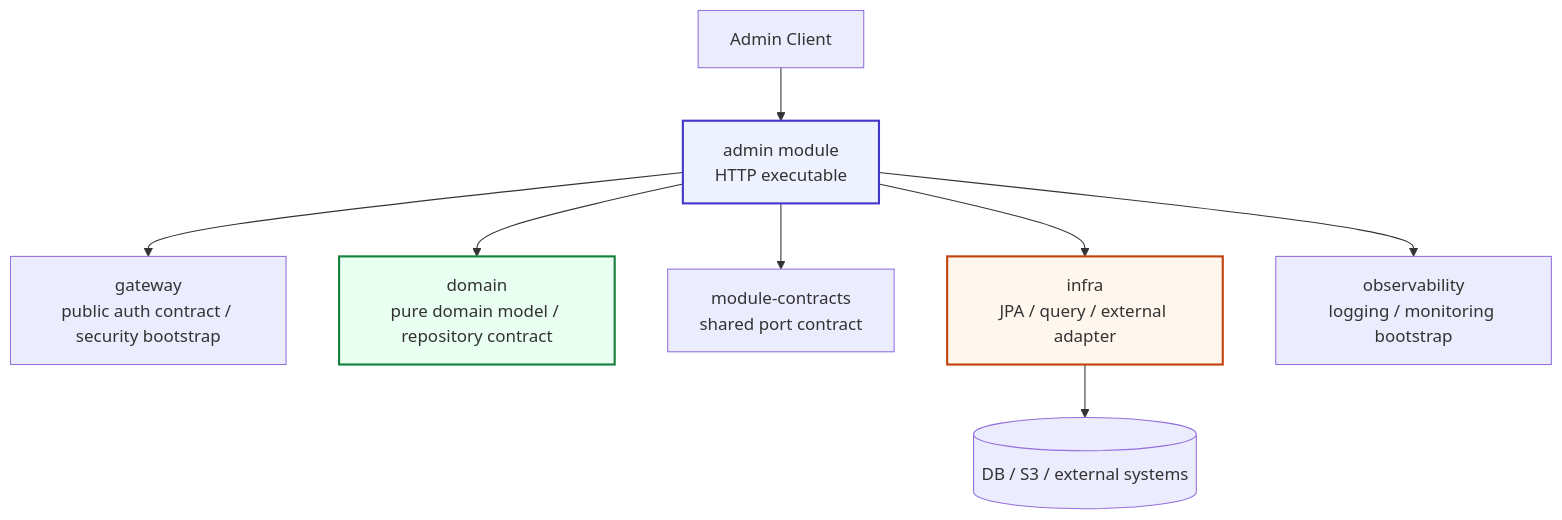
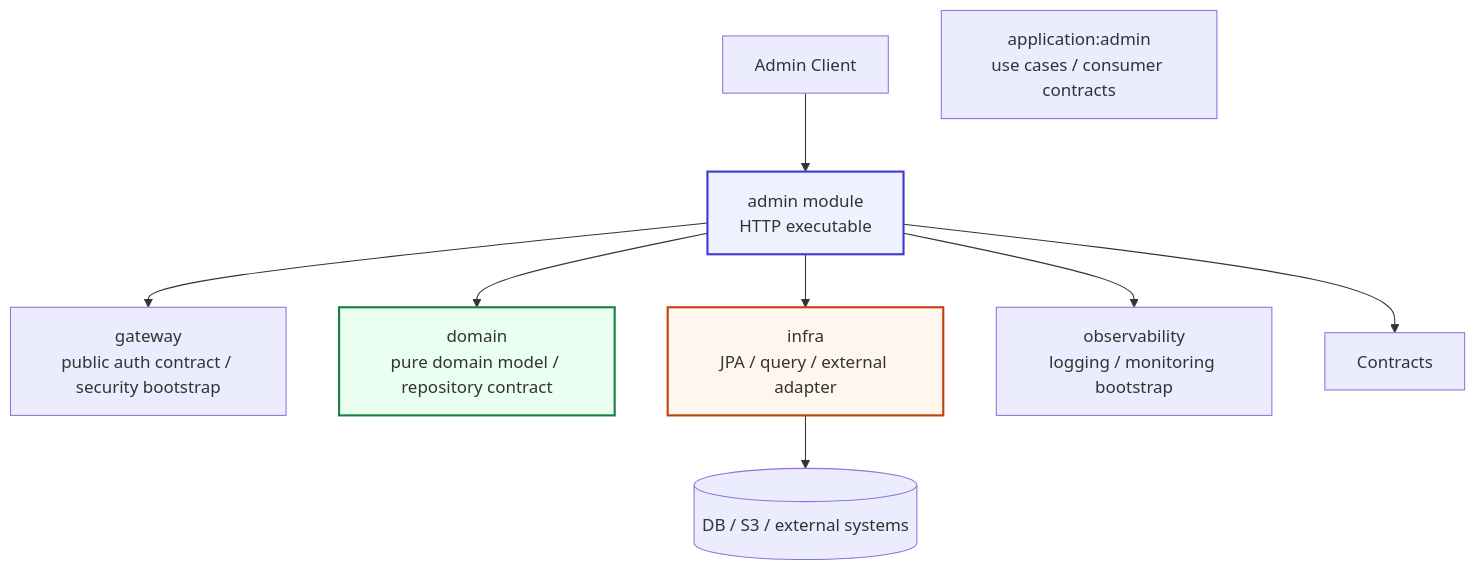
The first of 6 diagrams in admin/README.md (TEAM-BEAT/BEAT-SERVER), drawn with Mermaid before and after one commit. The commit also changed other lines of this file and 515 other files, not shown here.

````diff
--- a/admin/README.md
+++ b/admin/README.md
@@ -12,23 +12,23 @@
 ```mermaid
 flowchart TB
     Client[Admin Client]
     Admin[admin module<br/>HTTP executable]
     Gateway[gateway<br/>public auth contract / security bootstrap]
     Domain[domain<br/>pure domain model / repository contract]
-    Contracts[module-contracts<br/>shared port contract]
+    Application[application:admin<br/>use cases / consumer contracts]
     Infra[infra<br/>JPA / query / external adapter]
     Observability[observability<br/>logging / monitoring bootstrap]
     External[(DB / S3 / external systems)]
 
     Client --> Admin
     Admin --> Gateway
     Admin --> Domain
     Admin --> Contracts
     Admin --> Infra
     Admin --> Observability
     Infra --> External
 
     style Admin fill:#eef2ff,stroke:#4338ca,stroke-width:2px
     style Domain fill:#e8fff1,stroke:#15803d,stroke-width:2px
     style Infra fill:#fff7ed,stroke:#c2410c,stroke-width:2px
 ```
````
